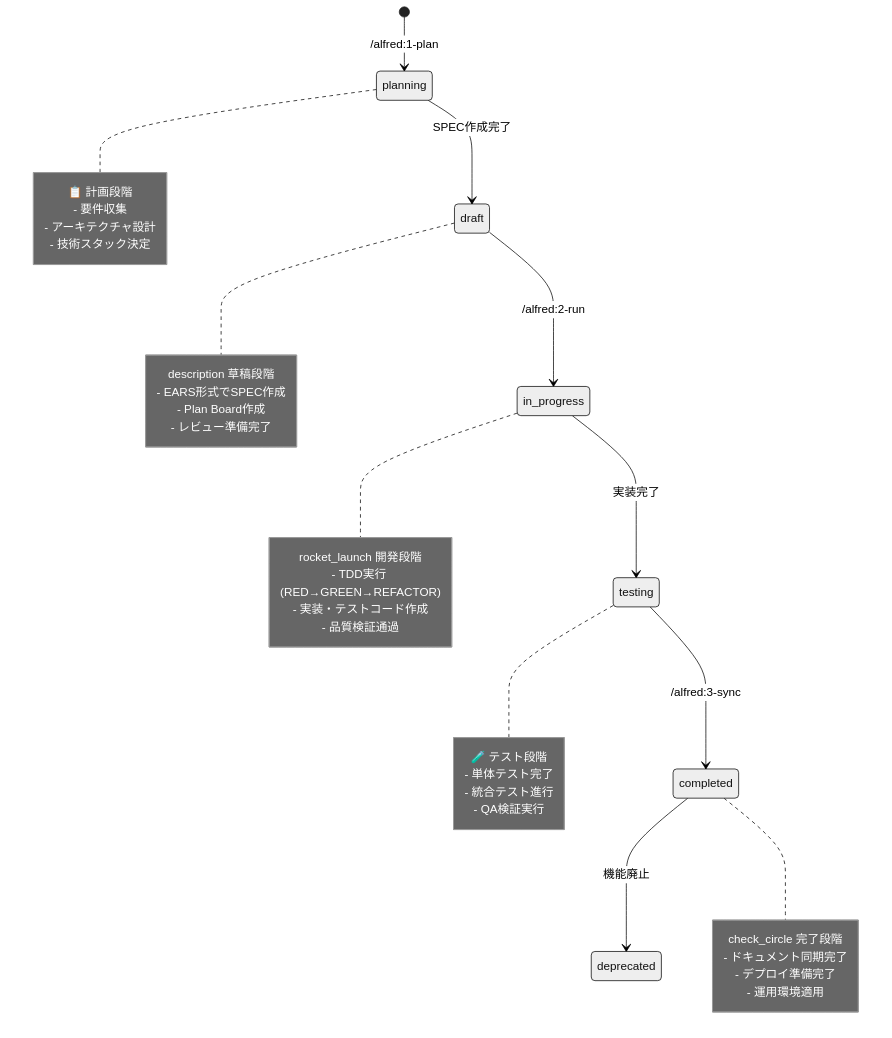
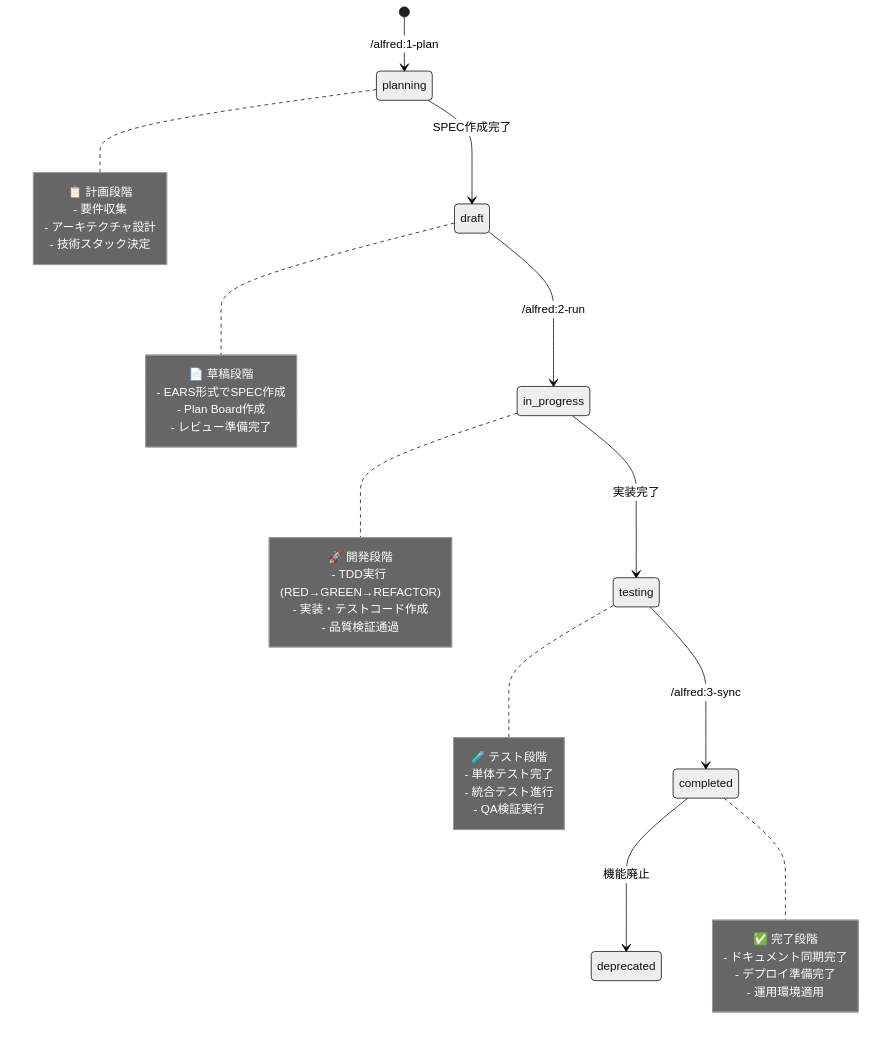
One commit to modu-ai/moai-adk changed the second of 2 diagrams in docs/src/ja/guides/alfred/index.md. Above: the diagram before and after it, drawn with Mermaid. The commit also changed other lines of this file and 207 other files, not shown here.

````diff
--- a/docs/src/ja/guides/alfred/index.md
+++ b/docs/src/ja/guides/alfred/index.md
@@ -76,45 +76,45 @@
 ```mermaid
 %%{init: {'theme':'neutral'}}%%
 stateDiagram-v2
     [*] --> planning: /alfred:1-plan
     planning --> draft: SPEC作成完了
     draft --> in_progress: /alfred:2-run
     in_progress --> testing: 実装完了
     testing --> completed: /alfred:3-sync
     completed --> deprecated: 機能廃止
 
     note right of planning
         📋 計画段階
         - 要件収集
         - アーキテクチャ設計
         - 技術スタック決定
     end note
 
     note right of draft
-        <span class="material-icons">description</span> 草稿段階
+        📄 草稿段階
         - EARS形式でSPEC作成
         - Plan Board作成
         - レビュー準備完了
     end note
 
     note right of in_progress
-        <span class="material-icons">rocket_launch</span> 開発段階
+        🚀 開発段階
         - TDD実行 (RED→GREEN→REFACTOR)
         - 実装・テストコード作成
         - 品質検証通過
     end note
 
     note right of testing
         🧪 テスト段階
         - 単体テスト完了
         - 統合テスト進行
         - QA検証実行
     end note
 
     note right of completed
-        <span class="material-icons">check_circle</span> 完了段階
+        ✅ 完了段階
         - ドキュメント同期完了
         - デプロイ準備完了
         - 運用環境適用
     end note
 ```
````
